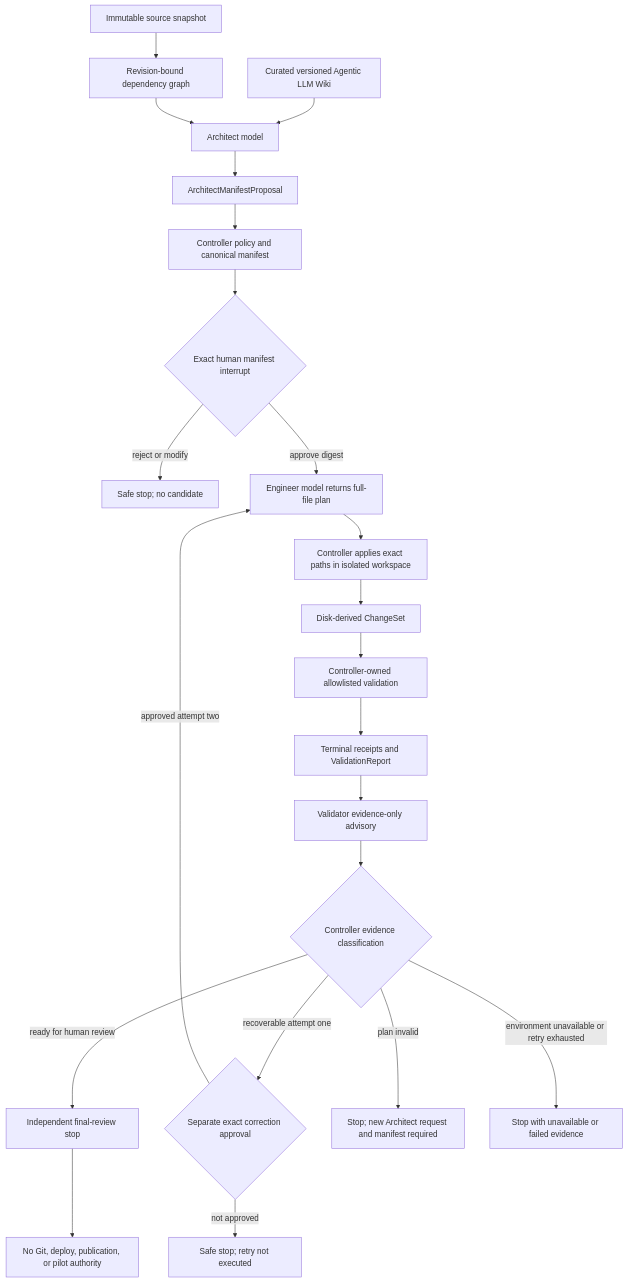
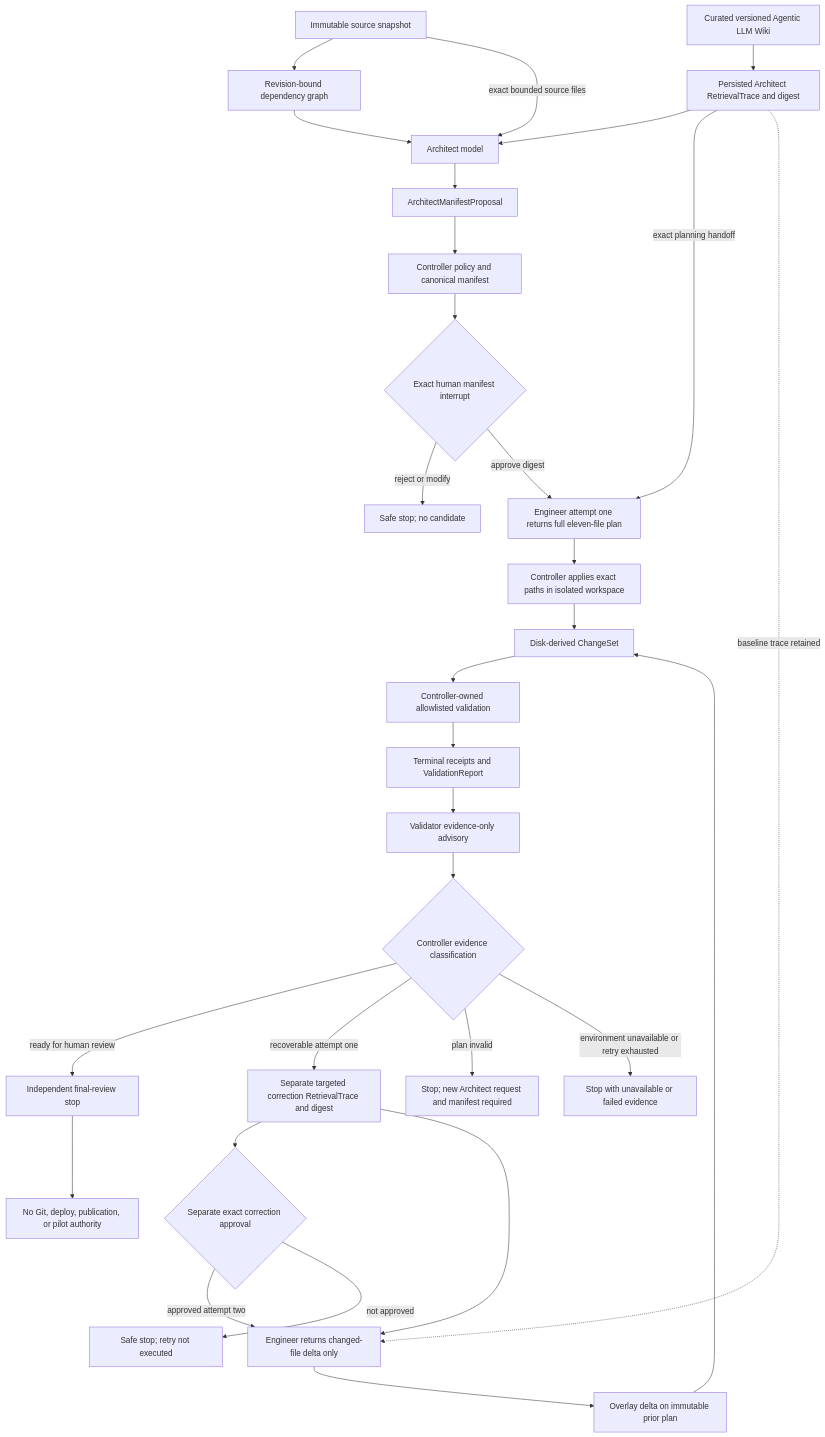
Before and after one commit to GunnZx23/Automated-Legacy-Migration-Agent: the diagram in docs/diagrams/system-flow.mmd, drawn with Mermaid. The commit also changed 167 other files, not shown here.

```diff
--- a/docs/diagrams/system-flow.mmd
+++ b/docs/diagrams/system-flow.mmd
@@ -1,22 +1,30 @@
 flowchart TB
     S[Immutable source snapshot] --> G[Revision-bound dependency graph]
-    K[Curated versioned Agentic LLM Wiki] --> A[Architect model]
+    S -->|exact bounded source files| A[Architect model]
+    K[Curated versioned Agentic LLM Wiki] --> T[Persisted Architect RetrievalTrace and digest]
+    T --> A
     G --> A
     A --> P[ArchitectManifestProposal]
     P --> C[Controller policy and canonical manifest]
     C --> I{Exact human manifest interrupt}
     I -->|reject or modify| X[Safe stop; no candidate]
-    I -->|approve digest| E[Engineer model returns full-file plan]
+    I -->|approve digest| E[Engineer attempt one returns full eleven-file plan]
+    T -->|exact planning handoff| E
     E --> W[Controller applies exact paths in isolated workspace]
     W --> D[Disk-derived ChangeSet]
     D --> V[Controller-owned allowlisted validation]
     V --> R[Terminal receipts and ValidationReport]
     R --> Q[Validator evidence-only advisory]
     Q --> B{Controller evidence classification}
     B -->|ready for human review| H[Independent final-review stop]
-    B -->|recoverable attempt one| C2{Separate exact correction approval}
-    C2 -->|approved attempt two| E
+    B -->|recoverable attempt one| CT[Separate targeted correction RetrievalTrace and digest]
+    CT --> C2{Separate exact correction approval}
+    C2 -->|approved attempt two| E2[Engineer returns changed-file delta only]
+    T -.->|baseline trace retained| E2
+    CT --> E2
+    E2 --> W2[Overlay delta on immutable prior plan]
+    W2 --> D
     C2 -->|not approved| X2[Safe stop; retry not executed]
     B -->|plan invalid| N[Stop; new Architect request and manifest required]
     B -->|environment unavailable or retry exhausted| U[Stop with unavailable or failed evidence]
     H --> Z[No Git, deploy, publication, or pilot authority]
```
